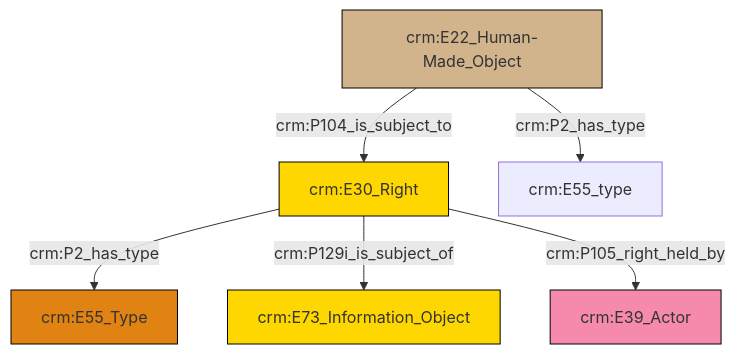
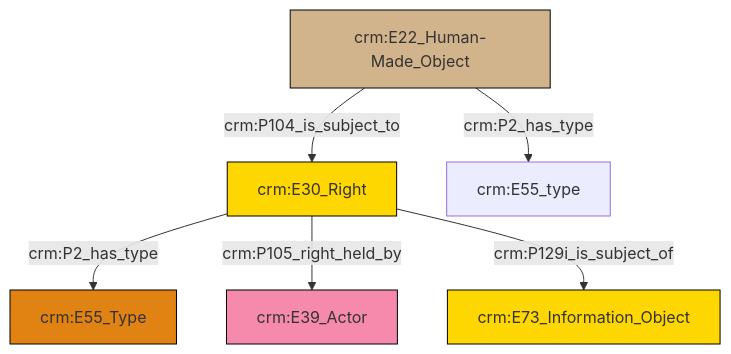
Before and after one commit to swiss-art-research-net/docs.swissartresearch: the diagram in et/builtWorkCSV/ttl/mmd/Built_Work_rights.ttl.mmd, drawn with Mermaid. The commit also changed 170 other files, not shown here.

```diff
--- a/et/builtWorkCSV/ttl/mmd/Built_Work_rights.ttl.mmd
+++ b/et/builtWorkCSV/ttl/mmd/Built_Work_rights.ttl.mmd
@@ -1,20 +1,20 @@
 graph TD
 classDef Literal fill:#f2f2f2,stroke:#000000;
 classDef CRM_Entity fill:#FFFFFF,stroke:#000000;
 classDef Temporal_Entity fill:#00C9E6, stroke:#000000;
 classDef Type fill:#E18312, stroke:#000000;
 classDef Time-Span fill:#2C9C91, stroke:#000000;
 classDef Appellation fill:#FFEB7F, stroke:#000000;
 classDef Place fill:#008836, stroke:#000000;
 classDef Persistent_Item fill:#B266B2, stroke:#000000;
 classDef Conceptual_Object fill:#FFD700, stroke:#000000;
 classDef Physical_Thing fill:#D2B48C, stroke:#000000;
 classDef Actor fill:#f58aad, stroke:#000000;
 classDef PC_Classes fill:#4ce600, stroke:#000000;
 classDef Multi fill:#cccccc,stroke:#000000;
 
 0["crm:E22_Human-Made_Object"]:::Physical_Thing -->|crm:P104_is_subject_to| 1["crm:E30_Right"]:::Conceptual_Object
+1["crm:E30_Right"]:::Conceptual_Object -->|crm:P2_has_type| 6["crm:E55_Type"]:::Type
+1["crm:E30_Right"]:::Conceptual_Object -->|crm:P105_right_held_by| 4["crm:E39_Actor"]:::Actor
+1["crm:E30_Right"]:::Conceptual_Object -->|crm:P129i_is_subject_of| 9["crm:E73_Information_Object"]:::Conceptual_Object
 0["crm:E22_Human-Made_Object"]:::Physical_Thing -->|crm:P2_has_type| 2["crm:E55_type"]:::Default
-1["crm:E30_Right"]:::Conceptual_Object -->|crm:P2_has_type| 5["crm:E55_Type"]:::Type
-1["crm:E30_Right"]:::Conceptual_Object -->|crm:P129i_is_subject_of| 3["crm:E73_Information_Object"]:::Conceptual_Object
-1["crm:E30_Right"]:::Conceptual_Object -->|crm:P105_right_held_by| 6["crm:E39_Actor"]:::Actor
```
